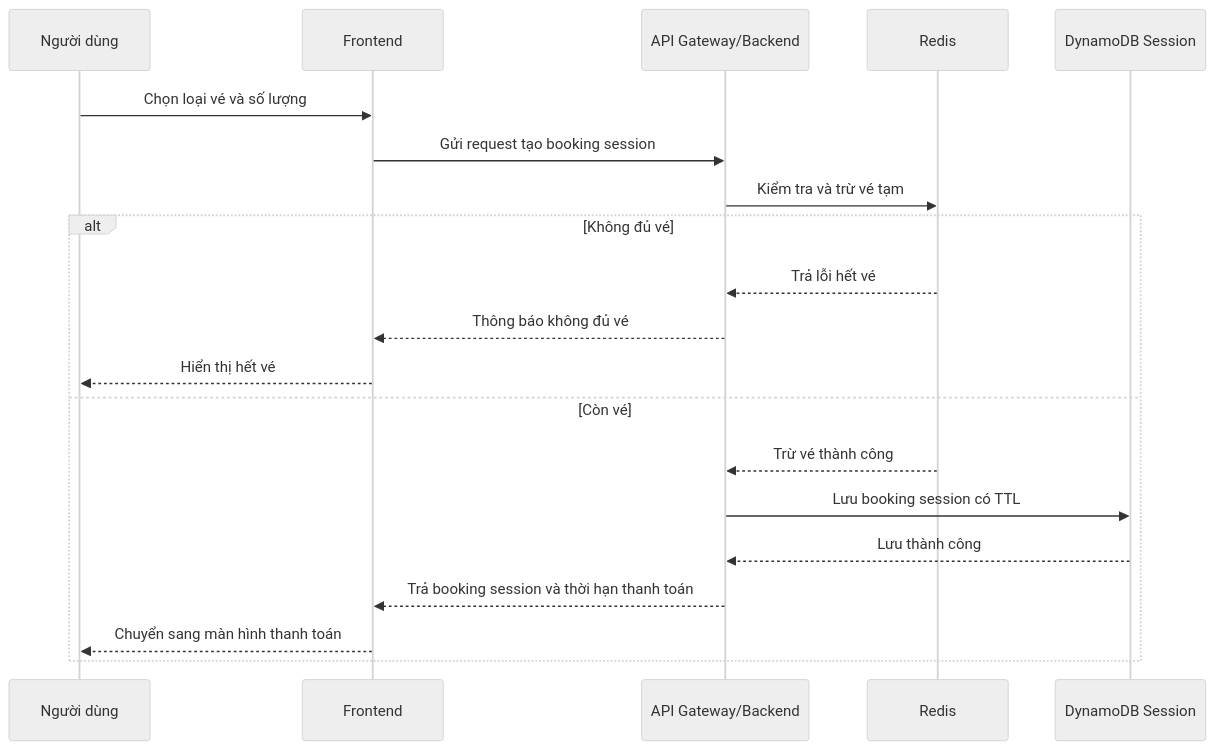
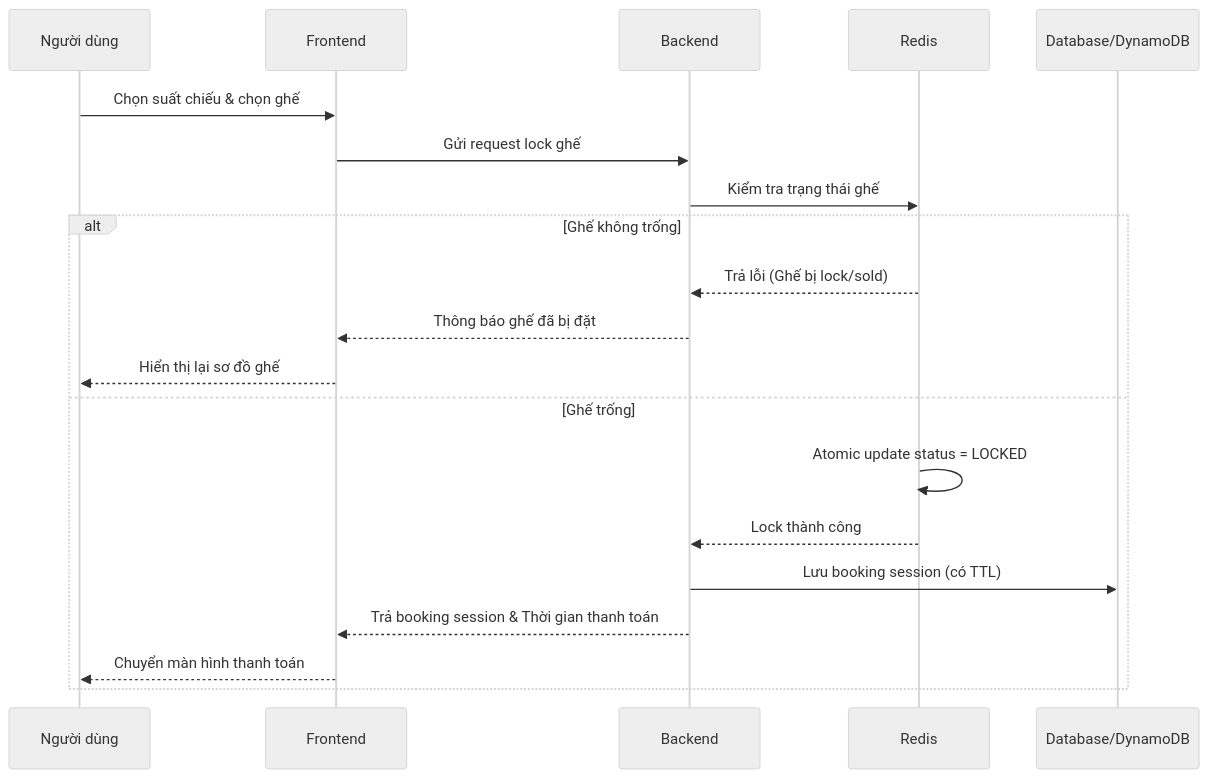
One commit to huypham200104/fcj-online-ticketing-system changed the second of 5 diagrams in docs/program-flow.md. Above: the diagram before and after it, drawn with Mermaid (neutral theme). The commit also changed other lines of this file and 110 other files, not shown here.

````diff
--- a/docs/program-flow.md
+++ b/docs/program-flow.md
@@ -63,23 +28,23 @@
 ```mermaid
 sequenceDiagram
     participant User as Người dùng
     participant FE as Frontend
-    participant API as API Gateway/Backend
+    participant API as Backend
     participant Redis as Redis
-    participant Session as DynamoDB Session
+    participant DB as Database/DynamoDB
 
-    User->>FE: Chọn loại vé và số lượng
-    FE->>API: Gửi request tạo booking session
-    API->>Redis: Kiểm tra và trừ vé tạm
-    alt Không đủ vé
-        Redis-->>API: Trả lỗi hết vé
-        API-->>FE: Thông báo không đủ vé
-        FE-->>User: Hiển thị hết vé
-    else Còn vé
-        Redis-->>API: Trừ vé thành công
-        API->>Session: Lưu booking session có TTL
-        Session-->>API: Lưu thành công
-        API-->>FE: Trả booking session và thời hạn thanh toán
-        FE-->>User: Chuyển sang màn hình thanh toán
+    User->>FE: Chọn suất chiếu & chọn ghế
+    FE->>API: Gửi request lock ghế
+    API->>Redis: Kiểm tra trạng thái ghế
+    alt Ghế không trống
+        Redis-->>API: Trả lỗi (Ghế bị lock/sold)
+        API-->>FE: Thông báo ghế đã bị đặt
+        FE-->>User: Hiển thị lại sơ đồ ghế
+    else Ghế trống
+        Redis->>Redis: Atomic update status = LOCKED
+        Redis-->>API: Lock thành công
+        API->>DB: Lưu booking session (có TTL)
+        API-->>FE: Trả booking session & Thời gian thanh toán
+        FE-->>User: Chuyển màn hình thanh toán
     end
 ```
````
